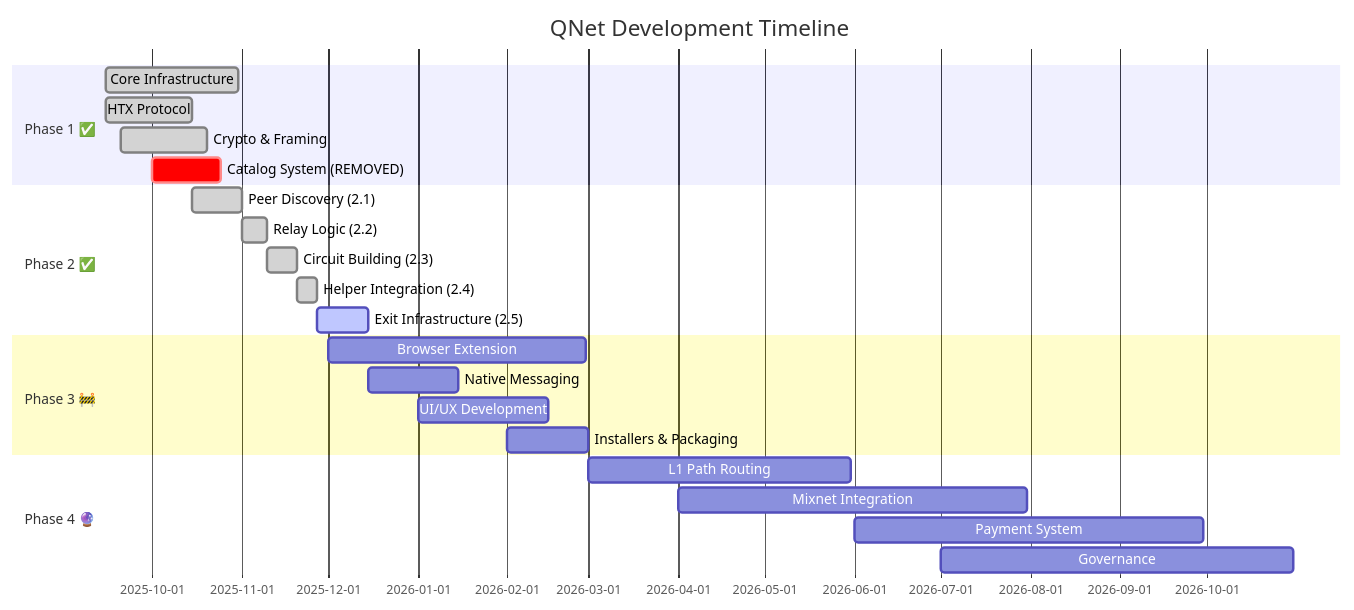
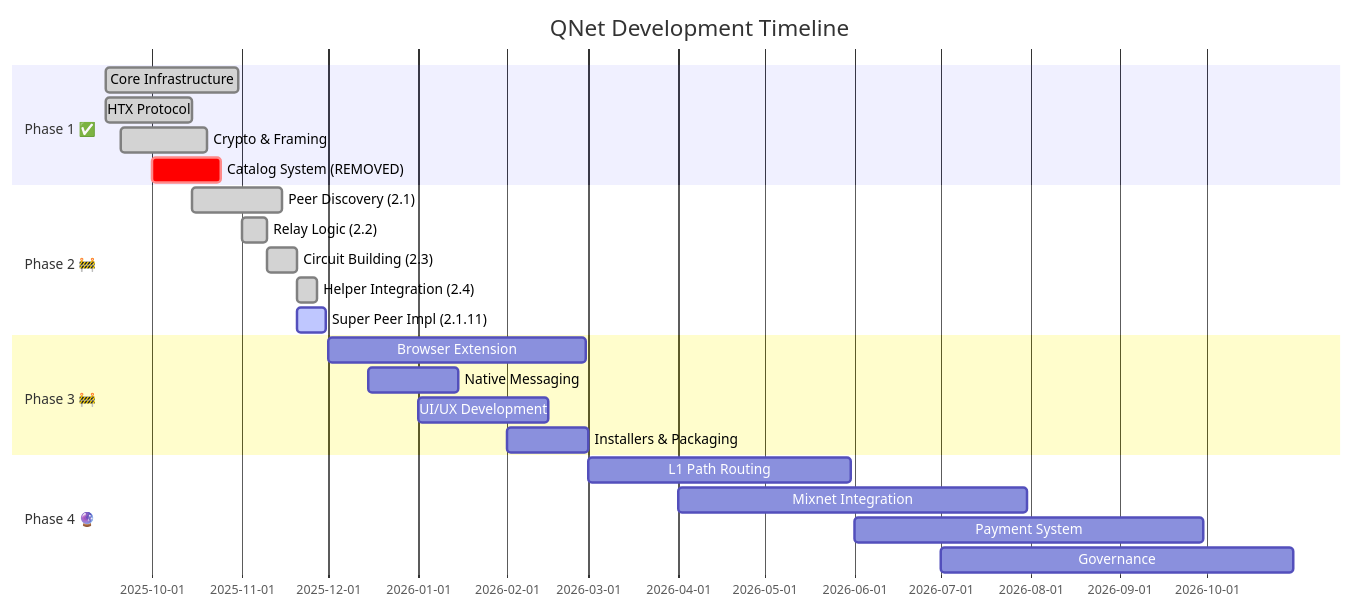
Diagram 16 of 16 in README.md (QW1CKS/qnet), drawn with Mermaid before and after one commit. The commit also changed other lines of this file and 2 other files, not shown here.

````diff
--- a/README.md
+++ b/README.md
@@ -961,31 +961,31 @@
 ```mermaid
 gantt
     title QNet Development Timeline
     dateFormat YYYY-MM-DD
     todayMarker stroke-width:5px,stroke:#ff6b6b,opacity:0.8
     
     section Phase 1 ✅
     Core Infrastructure    :done, p1, 2025-09-15, 2025-10-31
     HTX Protocol          :done, p1a, 2025-09-15, 2025-10-15
     Crypto & Framing      :done, p1b, 2025-09-20, 2025-10-20
     Catalog System (REMOVED):crit, p1c, 2025-10-01, 2025-10-25
     
-    section Phase 2 ✅
-    Peer Discovery (2.1)  :done, p2a, 2025-10-15, 2025-11-01
+    section Phase 2 🚧
+    Peer Discovery (2.1)  :done, p2a, 2025-10-15, 2025-11-15
     Relay Logic (2.2)     :done, p2b, 2025-11-01, 2025-11-10
     Circuit Building (2.3):done, p2c, 2025-11-10, 2025-11-20
     Helper Integration (2.4):done, p2d, 2025-11-20, 2025-11-27
-    Exit Infrastructure (2.5):active, p2e, 2025-11-27, 2025-12-15
+    Super Peer Impl (2.1.11):active, p2e, 2025-11-20, 2025-11-30
     
     section Phase 3 🚧
     Browser Extension     :p3, 2025-12-01, 2026-02-28
     Native Messaging      :p3a, 2025-12-15, 2026-01-15
     UI/UX Development     :p3b, 2026-01-01, 2026-02-15
     Installers & Packaging:p3c, 2026-02-01, 2026-03-01
     
     section Phase 4 🔮
     L1 Path Routing       :p4a, 2026-03-01, 2026-05-31
     Mixnet Integration    :p4b, 2026-04-01, 2026-07-31
     Payment System        :p4c, 2026-06-01, 2026-09-30
     Governance            :p4d, 2026-07-01, 2026-10-31
 ```
````
